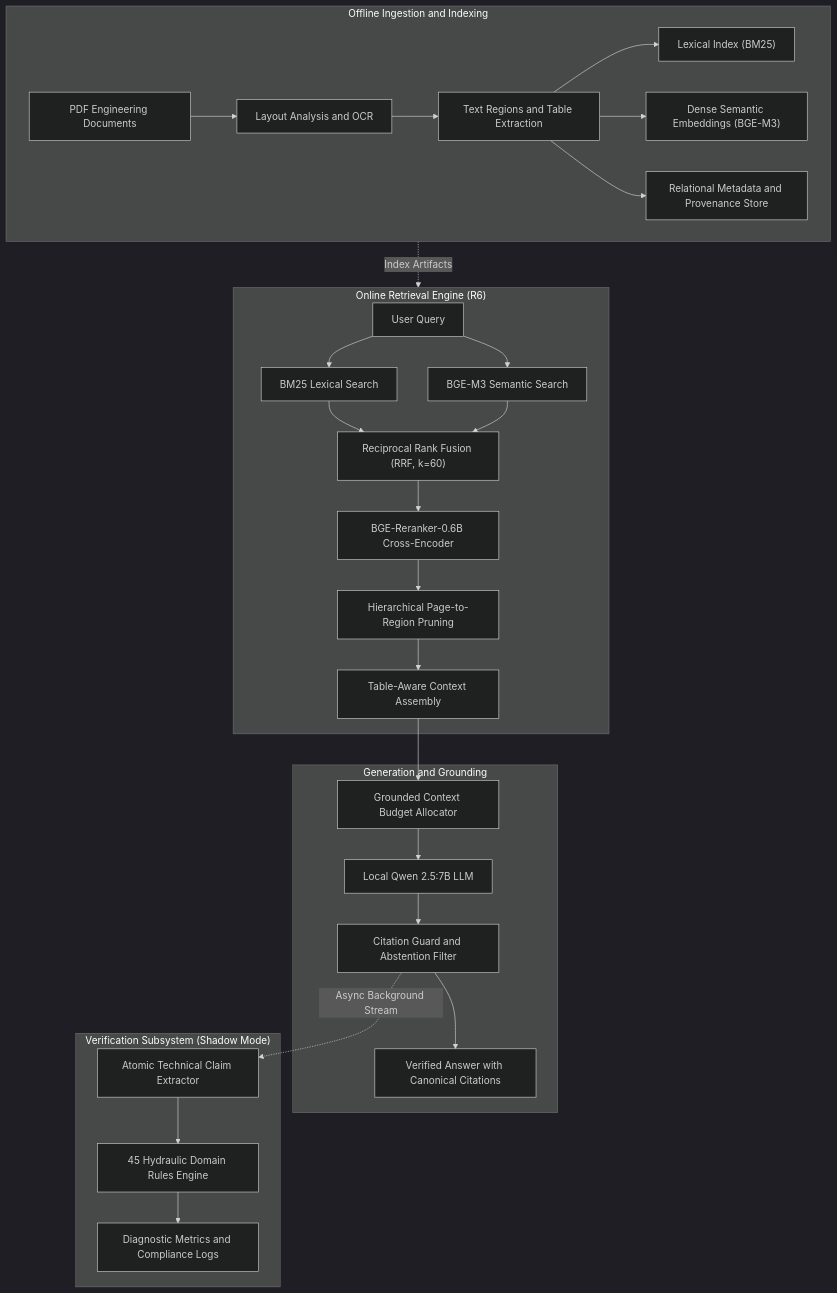
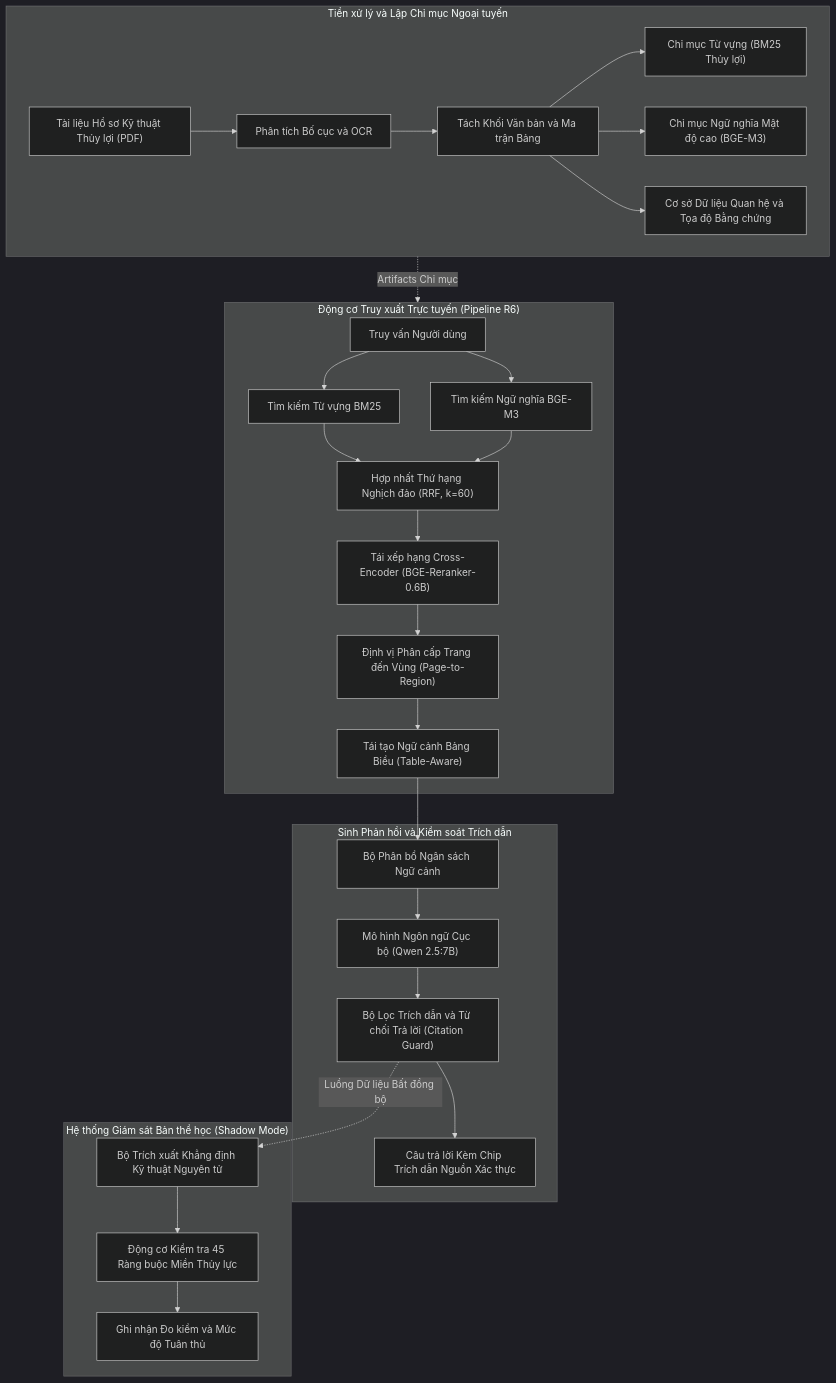
Before and after one commit to zudoan/VietIrr-RAG: the diagram in README.md, drawn with Mermaid (dark theme). The commit also changed other lines of this file and 1 other file, not shown here.

````diff
--- a/README.md
+++ b/README.md
@@ -53,35 +53,35 @@
 ```mermaid
 flowchart TD
-    subgraph Ingestion["Offline Ingestion and Indexing"]
-        PDF["PDF Engineering Documents"] --> OCR["Layout Analysis and OCR"]
-        OCR --> Chunks["Text Regions and Table Extraction"]
-        Chunks --> BM25Idx["Lexical Index (BM25)"]
-        Chunks --> DenseIdx["Dense Semantic Embeddings (BGE-M3)"]
-        Chunks --> MetaDB["Relational Metadata and Provenance Store"]
+    subgraph Ingestion["Tiền xử lý và Lập Chỉ mục Ngoại tuyến"]
+        PDF["Tài liệu Hồ sơ Kỹ thuật Thủy lợi (PDF)"] --> OCR["Phân tích Bố cục và OCR"]
+        OCR --> Chunks["Tách Khối Văn bản và Ma trận Bảng"]
+        Chunks --> BM25Idx["Chỉ mục Từ vựng (BM25 Thủy lợi)"]
+        Chunks --> DenseIdx["Chỉ mục Ngữ nghĩa Mật độ cao (BGE-M3)"]
+        Chunks --> MetaDB["Cơ sở Dữ liệu Quan hệ và Tọa độ Bằng chứng"]
     end
 
-    subgraph OnlineRetrieval["Online Retrieval Engine (R6)"]
-        Query["User Query"] --> BM25Search["BM25 Lexical Search"]
-        Query --> DenseSearch["BGE-M3 Semantic Search"]
-        BM25Search --> Fusion["Reciprocal Rank Fusion (RRF, k=60)"]
+    subgraph OnlineRetrieval["Động cơ Truy xuất Trực tuyến (Pipeline R6)"]
+        Query["Truy vấn Người dùng"] --> BM25Search["Tìm kiếm Từ vựng BM25"]
+        Query --> DenseSearch["Tìm kiếm Ngữ nghĩa BGE-M3"]
+        BM25Search --> Fusion["Hợp nhất Thứ hạng Nghịch đảo (RRF, k=60)"]
         DenseSearch --> Fusion
-        Fusion --> Rerank["BGE-Reranker-0.6B Cross-Encoder"]
-        Rerank --> P2R["Hierarchical Page-to-Region Pruning"]
-        P2R --> TableParse["Table-Aware Context Assembly"]
+        Fusion --> Rerank["Tái xếp hạng Cross-Encoder (BGE-Reranker-0.6B)"]
+        Rerank --> P2R["Định vị Phân cấp Trang đến Vùng (Page-to-Region)"]
+        P2R --> TableParse["Tái tạo Ngữ cảnh Bảng Biểu (Table-Aware)"]
     end
 
-    subgraph Generation["Generation and Grounding"]
-        TableParse --> ContextPrompt["Grounded Context Budget Allocator"]
-        ContextPrompt --> LLM["Local Qwen 2.5:7B LLM"]
-        LLM --> Guard["Citation Guard and Abstention Filter"]
-        Guard --> ClientOutput["Verified Answer with Canonical Citations"]
+    subgraph Generation["Sinh Phản hồi và Kiểm soát Trích dẫn"]
+        TableParse --> ContextPrompt["Bộ Phân bổ Ngân sách Ngữ cảnh"]
+        ContextPrompt --> LLM["Mô hình Ngôn ngữ Cục bộ (Qwen 2.5:7B)"]
+        LLM --> Guard["Bộ Lọc Trích dẫn và Từ chối Trả lời (Citation Guard)"]
+        Guard --> ClientOutput["Câu trả lời Kèm Chip Trích dẫn Nguồn Xác thực"]
     end
 
-    subgraph Verification["Verification Subsystem (Shadow Mode)"]
-        Guard -.->|"Async Background Stream"| ClaimExt["Atomic Technical Claim Extractor"]
-        ClaimExt --> ConstraintCheck["45 Hydraulic Domain Rules Engine"]
-        ConstraintCheck --> Telemetry["Diagnostic Metrics and Compliance Logs"]
+    subgraph Verification["Hệ thống Giám sát Bản thể học (Shadow Mode)"]
+        Guard -.->|"Luồng Dữ liệu Bất đồng bộ"| ClaimExt["Bộ Trích xuất Khẳng định Kỹ thuật Nguyên tử"]
+        ClaimExt --> ConstraintCheck["Động cơ Kiểm tra 45 Ràng buộc Miền Thủy lực"]
+        ConstraintCheck --> Telemetry["Ghi nhận Đo kiểm và Mức độ Tuân thủ"]
     end
 
-    Ingestion -.->|"Index Artifacts"| OnlineRetrieval
+    Ingestion -.->|"Artifacts Chỉ mục"| OnlineRetrieval
 ```
````
